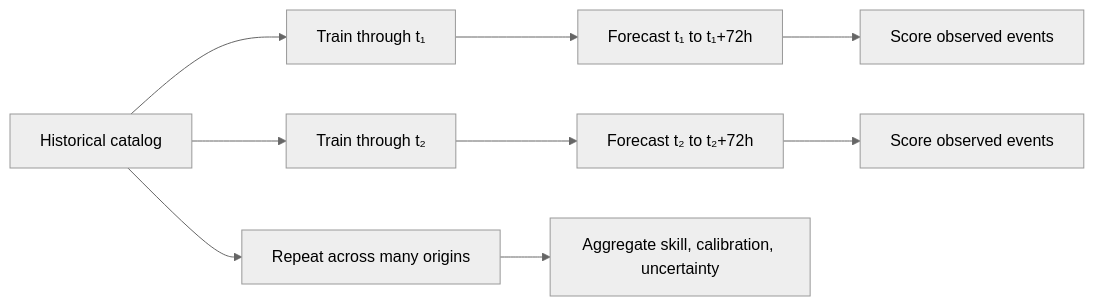
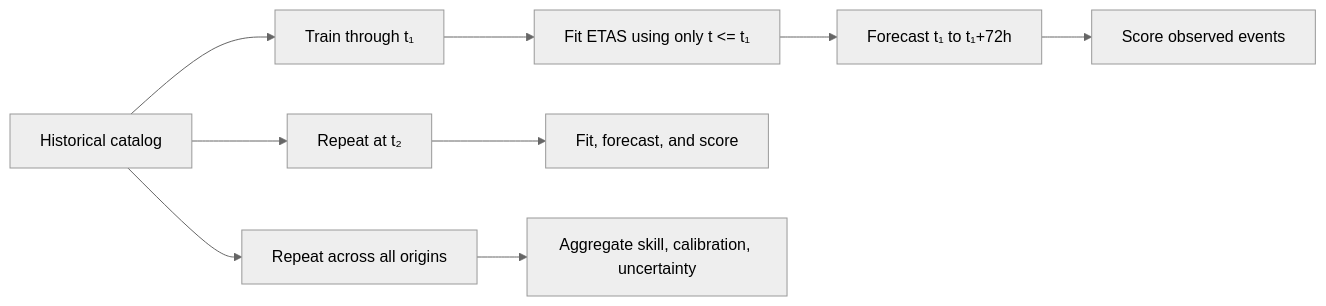
Before and after one commit to bala2006/jma-etas-benchmark: the diagram in docs/BENCHMARKS.md, drawn with Mermaid (neutral theme). The commit also changed other lines of this file and 17 other files, not shown here.

````diff
--- a/docs/BENCHMARKS.md
+++ b/docs/BENCHMARKS.md
@@ -135,11 +173,11 @@
 ```mermaid
 flowchart LR
     C[Historical catalog] --> T1[Train through t₁]
-    T1 --> F1[Forecast t₁ to t₁+72h]
-    F1 --> O1[Score observed events]
-    C --> T2[Train through t₂]
-    T2 --> F2[Forecast t₂ to t₂+72h]
-    F2 --> O2[Score observed events]
-    C --> TN[Repeat across many origins]
+    T1 --> F1[Fit ETAS using only t <= t₁]
+    F1 --> P1[Forecast t₁ to t₁+72h]
+    P1 --> O1[Score observed events]
+    C --> T2[Repeat at t₂]
+    T2 --> F2[Fit, forecast, and score]
+    C --> TN[Repeat across all origins]
     TN --> A[Aggregate skill, calibration, uncertainty]
 ```
````
